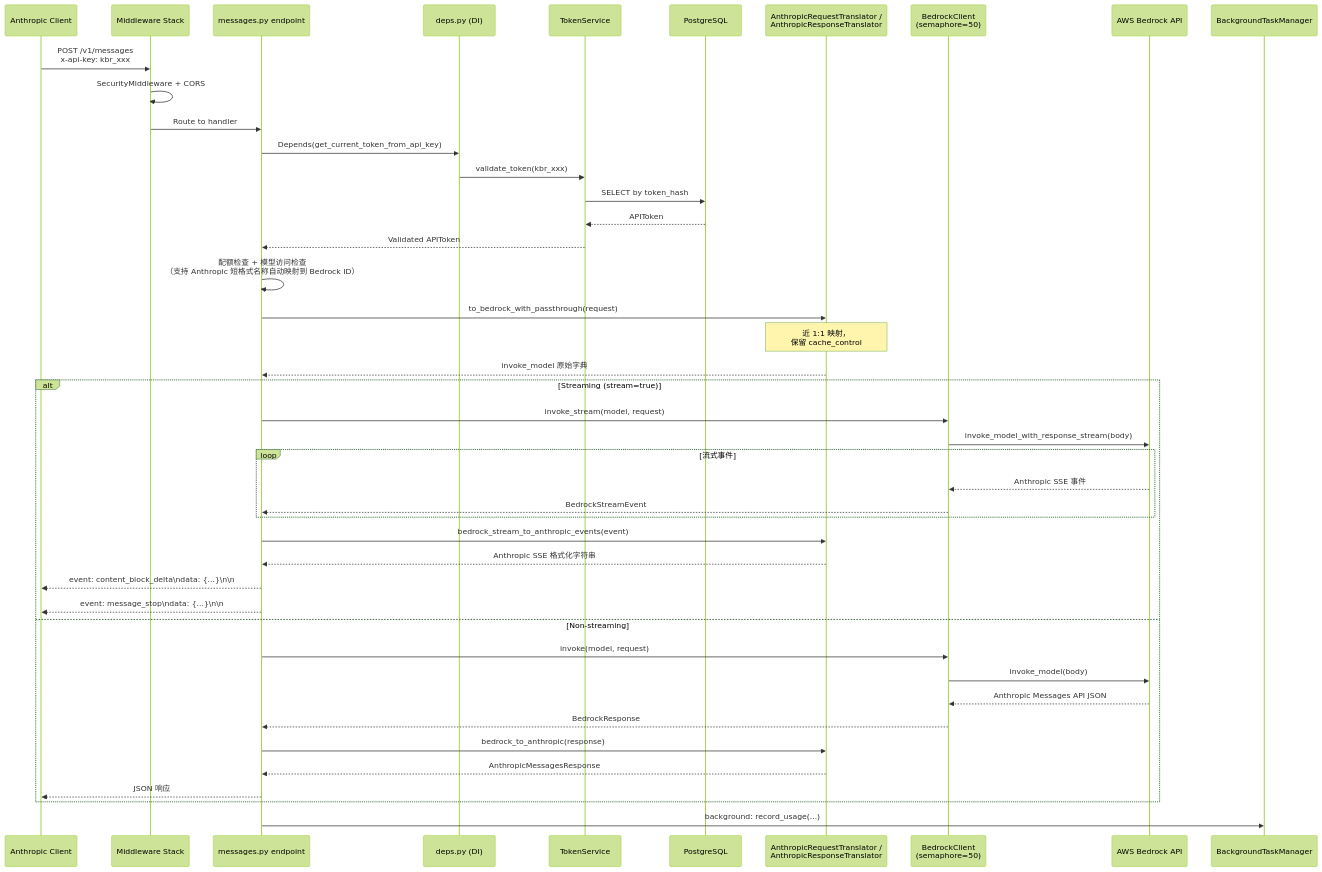
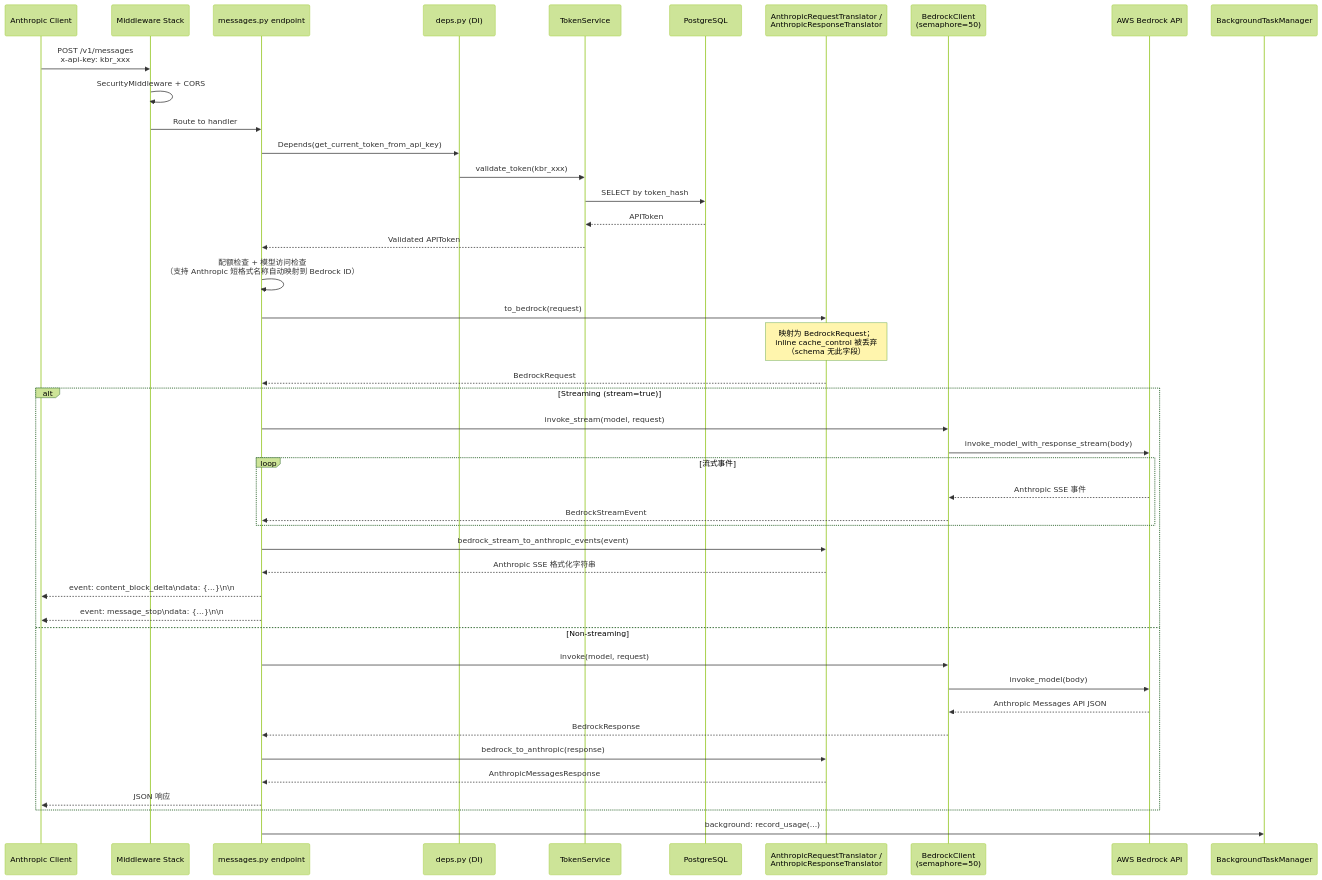
One commit to aws-samples/sample-kolya-br-proxy changed diagram 11 of 12 in docs/architecture.zh.md. Above: the diagram before and after it, drawn with Mermaid (forest theme). The commit also changed other lines of this file and 5 other files, not shown here.

````diff
--- a/docs/architecture.zh.md
+++ b/docs/architecture.zh.md
@@ -868,52 +868,52 @@
 ```mermaid
 sequenceDiagram
     participant Client as Anthropic Client
     participant MW as Middleware Stack
     participant Msg as messages.py endpoint
     participant Deps as deps.py (DI)
     participant TokenSvc as TokenService
     participant DB as PostgreSQL
     participant Translator as AnthropicRequestTranslator /<br/>AnthropicResponseTranslator
     participant Bedrock as BedrockClient<br/>(semaphore=50)
     participant AWS as AWS Bedrock API
     participant BG as BackgroundTaskManager
 
     Client->>MW: POST /v1/messages<br/>x-api-key: kbr_xxx
     MW->>MW: SecurityMiddleware + CORS
     MW->>Msg: Route to handler
 
     Msg->>Deps: Depends(get_current_token_from_api_key)
     Deps->>TokenSvc: validate_token(kbr_xxx)
     TokenSvc->>DB: SELECT by token_hash
     DB-->>TokenSvc: APIToken
     TokenSvc-->>Msg: Validated APIToken
 
     Msg->>Msg: 配额检查 + 模型访问检查<br/>（支持 Anthropic 短格式名称自动映射到 Bedrock ID）
 
-    Msg->>Translator: to_bedrock_with_passthrough(request)
-    Note over Translator: 近 1:1 映射，<br/>保留 cache_control
-    Translator-->>Msg: invoke_model 原始字典
+    Msg->>Translator: to_bedrock(request)
+    Note over Translator: 映射为 BedrockRequest；<br/>inline cache_control 被丢弃<br/>（schema 无此字段）
+    Translator-->>Msg: BedrockRequest
 
     alt Streaming (stream=true)
         Msg->>Bedrock: invoke_stream(model, request)
         Bedrock->>AWS: invoke_model_with_response_stream(body)
         loop 流式事件
             AWS-->>Bedrock: Anthropic SSE 事件
             Bedrock-->>Msg: BedrockStreamEvent
         end
         Msg->>Translator: bedrock_stream_to_anthropic_events(event)
         Translator-->>Msg: Anthropic SSE 格式化字符串
         Msg-->>Client: event: content_block_delta\ndata: {...}\n\n
         Msg-->>Client: event: message_stop\ndata: {...}\n\n
     else Non-streaming
         Msg->>Bedrock: invoke(model, request)
         Bedrock->>AWS: invoke_model(body)
         AWS-->>Bedrock: Anthropic Messages API JSON
         Bedrock-->>Msg: BedrockResponse
         Msg->>Translator: bedrock_to_anthropic(response)
         Translator-->>Msg: AnthropicMessagesResponse
         Msg-->>Client: JSON 响应
     end
 
     Msg->>BG: background: record_usage(...)
 ```
````
